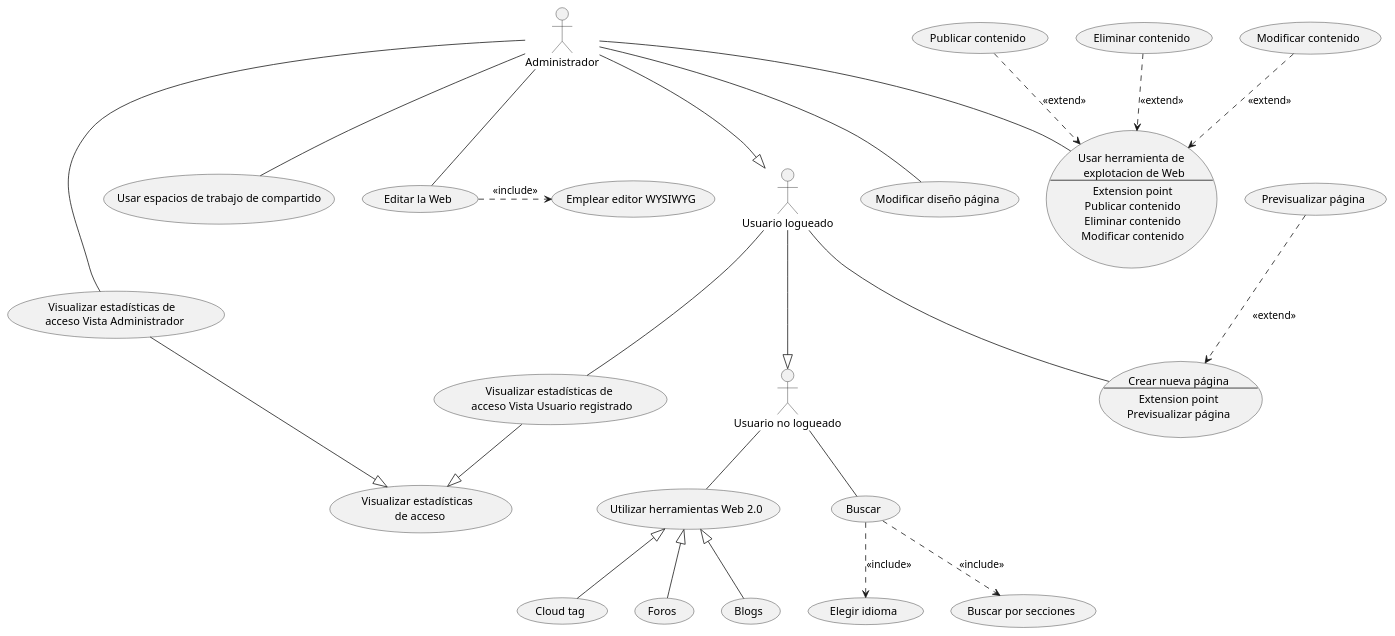
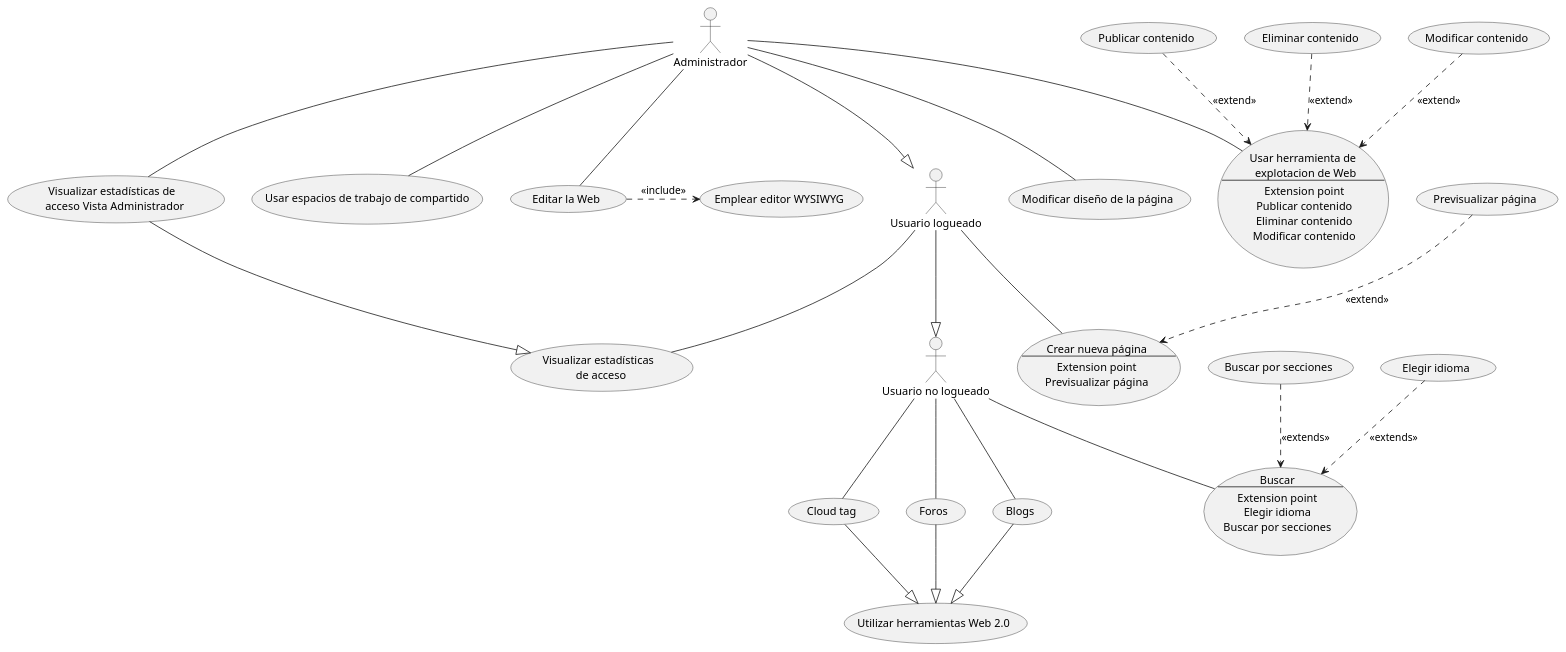
One commit to cgg734/INRE-UAL-MORADO-2022-2023 changed the diagram in Proyecto/source/Portal.puml. Above: the diagram before and after it, drawn with PlantUML. The commit also changed 2 other files, not shown here.

```diff
--- a/Proyecto/source/Portal.puml
+++ b/Proyecto/source/Portal.puml
@@ -1,47 +1,55 @@
 @startuml Portal
 actor UL as "Usuario logueado"
 actor UNL as "Usuario no logueado"
 actor Administrador
 
 
 usecase CrearPagina as "Crear nueva página
 ----
 Extension point
 Previsualizar página"
 usecase HExplotacion as "Usar herramienta de \n explotacion de Web
 ----
 Extension point
 Publicar contenido
 Eliminar contenido
 Modificar contenido"
 
+usecase Buscar as "Buscar
+----
+Extension point
+Elegir idioma
+Buscar por secciones"
+
 Administrador--|>UL
 UL--|>UNL
 
 
 Administrador--(Editar la Web)
 (Editar la Web).>(Emplear editor WYSIWYG) : <<include>>
-Administrador--(Modificar diseño página)
+Administrador--(Modificar diseño de la página)
 Administrador--HExplotacion 
 (Publicar contenido) ..>HExplotacion : <<extend>>
 (Eliminar contenido) ..>HExplotacion : <<extend>>
 (Modificar contenido) ..>HExplotacion : <<extend>>
 Administrador--(Visualizar estadísticas de \n acceso Vista Administrador) 
 (Visualizar estadísticas de \n acceso Vista Administrador)--|>(Visualizar estadísticas \n de acceso)
 Administrador--(Usar espacios de trabajo de compartido)
 
 
 UL--CrearPagina
 (Previsualizar página)..>CrearPagina: <<extend>>
-UL--(Visualizar estadísticas de \n acceso Vista Usuario registrado)
-(Visualizar estadísticas de \n acceso Vista Usuario registrado)--|>(Visualizar estadísticas \n de acceso)
+UL--(Visualizar estadísticas \n de acceso)
 
-UNL--(Utilizar herramientas Web 2.0)
-(Utilizar herramientas Web 2.0)<|--(Foros)
-(Utilizar herramientas Web 2.0)<|--(Blogs) 
-(Utilizar herramientas Web 2.0)<|--(Cloud tag)
+
+UNL--(Foros)
+UNL--(Blogs)
+UNL--(Cloud tag)
+(Foros)--|>(Utilizar herramientas Web 2.0)
+(Blogs)--|>(Utilizar herramientas Web 2.0)
+(Cloud tag)--|>(Utilizar herramientas Web 2.0)
 UNL--(Buscar)
-(Buscar)..>(Buscar por secciones) : <<include>>
-(Buscar)..>(Elegir idioma) : <<include>>
+(Buscar por secciones)..>(Buscar) : <<extends>>
+(Elegir idioma)..>(Buscar) : <<extends>>
 
 @enduml
```
